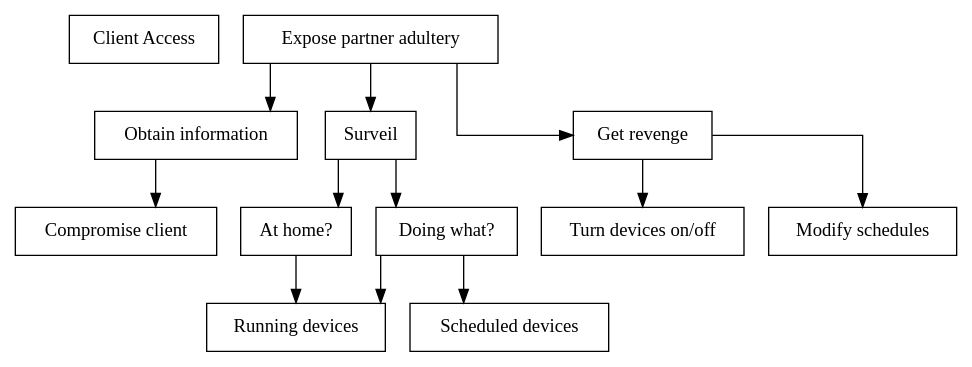
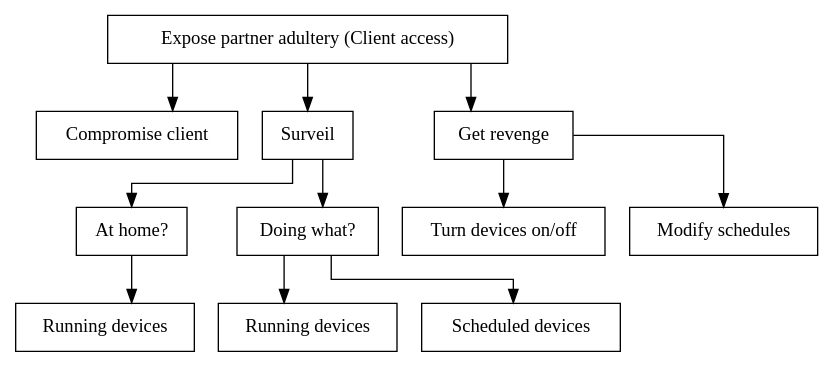
One commit to des904e15/report changed the diagram in figures/graphviz/partner_vs_consumer_client.dot. Above: the diagram before and after it, drawn with Graphviz. The commit also changed 15 other files, not shown here.

```diff
--- a/figures/graphviz/partner_vs_consumer_client.dot
+++ b/figures/graphviz/partner_vs_consumer_client.dot
@@ -1,39 +1,37 @@
 digraph finite_state_machine {
   node [shape = rectangle];
   graph [splines=ortho];
 
-  attack[label="Client Access"];
-  root[label = "Expose partner adultery",shape=AND];
+  root[label = "Expose partner adultery (Client access)",shape=AND];
 
-  obtain_info[label="Obtain information"];
-  root->obtain_info;
 
     compromise_client[label="Compromise client"];
-    obtain_info->compromise_client;
+    root->compromise_client;
 
   surveil[label="Surveil",shape=OR];
   root->surveil;
 
     at_home[label="At home?"];
     surveil->at_home
 
       running_devices[label="Running devices"];
       at_home->running_devices;
 
     doing_what[label="Doing what?",shape=OR];
     surveil->doing_what;
 
-      doing_what->running_devices;
+      running_devices2[label="Running devices"];
+      doing_what->running_devices2;
 
       scheduled_devices[label="Scheduled devices"];
       doing_what->scheduled_devices;
 
   revenge[label="Get revenge",shape=OR];
   root->revenge;
 
     turn_onoff[label="Turn devices on/off"];
     revenge->turn_onoff;
 
     modify_schedules[label="Modify schedules"];
     revenge->modify_schedules;
 }
```
